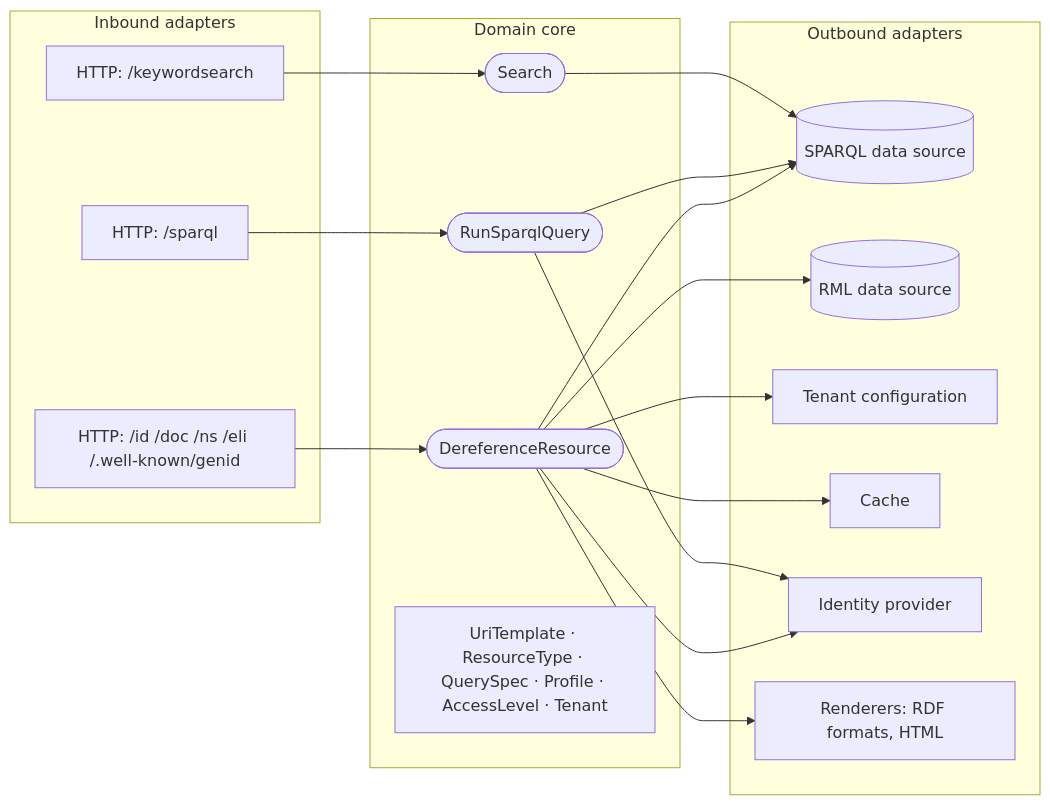
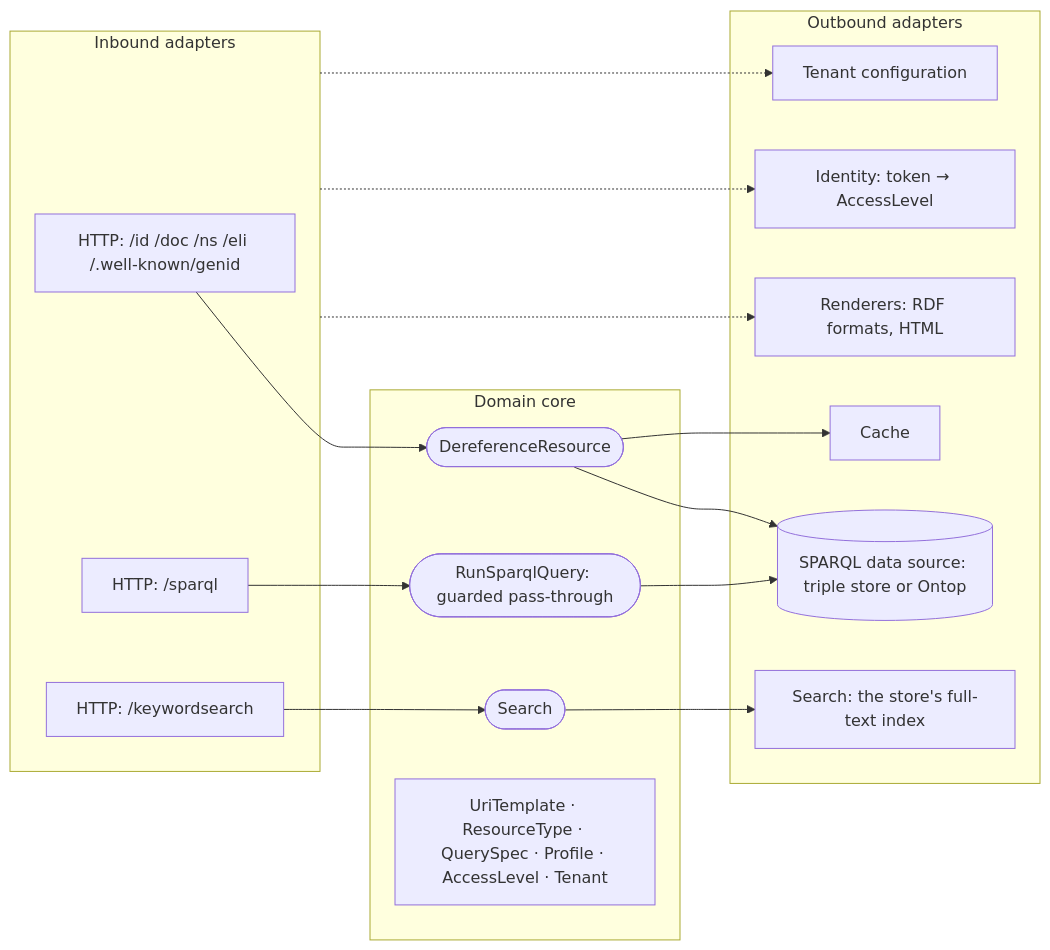
One commit to milieuinfo/SPieGeL changed the second of 2 diagrams in docs/analysis/05-architecture/hexagonal-design.md. Above: the diagram before and after it, drawn with Mermaid. The commit also changed other lines of this file and 33 other files, not shown here.

````diff
--- a/docs/analysis/05-architecture/hexagonal-design.md
+++ b/docs/analysis/05-architecture/hexagonal-design.md
@@ -8,34 +27,32 @@
 ```mermaid
 flowchart LR
     subgraph inbound [Inbound adapters]
         WEB[HTTP: /id /doc /ns /eli /.well-known/genid]
         SPQ[HTTP: /sparql]
         SRCH[HTTP: /keywordsearch]
     end
     subgraph core [Domain core]
         UC1([DereferenceResource])
-        UC2([RunSparqlQuery])
+        UC2([RunSparqlQuery: guarded pass-through])
         UC3([Search])
         M[UriTemplate · ResourceType · QuerySpec · Profile · AccessLevel · Tenant]
     end
     subgraph outbound [Outbound adapters]
-        DS[(SPARQL data source)]
-        R2[(RML data source)]
         CFG[Tenant configuration]
+        IDP[Identity: token → AccessLevel]
+        REN[Renderers: RDF formats, HTML]
         CACHE[Cache]
-        IDP[Identity provider]
-        REN[Renderers: RDF formats, HTML]
+        DS[(SPARQL data source: triple store or Ontop)]
+        SI[Search: the store's full-text index]
     end
     WEB --> UC1
     SPQ --> UC2
     SRCH --> UC3
+    inbound -.-> CFG
+    inbound -.-> IDP
+    inbound -.-> REN
+    UC1 --> CACHE
     UC1 --> DS
-    UC1 --> R2
-    UC1 --> CACHE
-    UC1 --> REN
     UC2 --> DS
-    UC3 --> DS
-    UC1 --> CFG
-    UC1 --> IDP
-    UC2 --> IDP
+    UC3 --> SI
 ```
````
